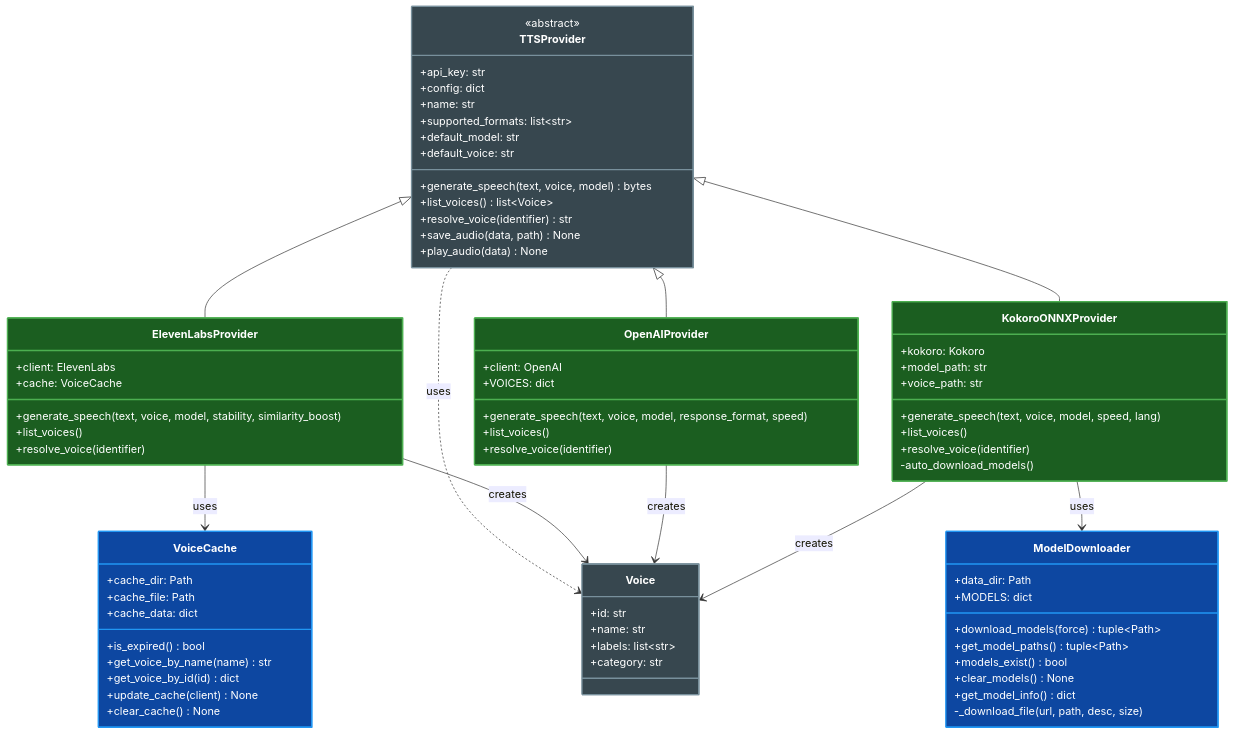
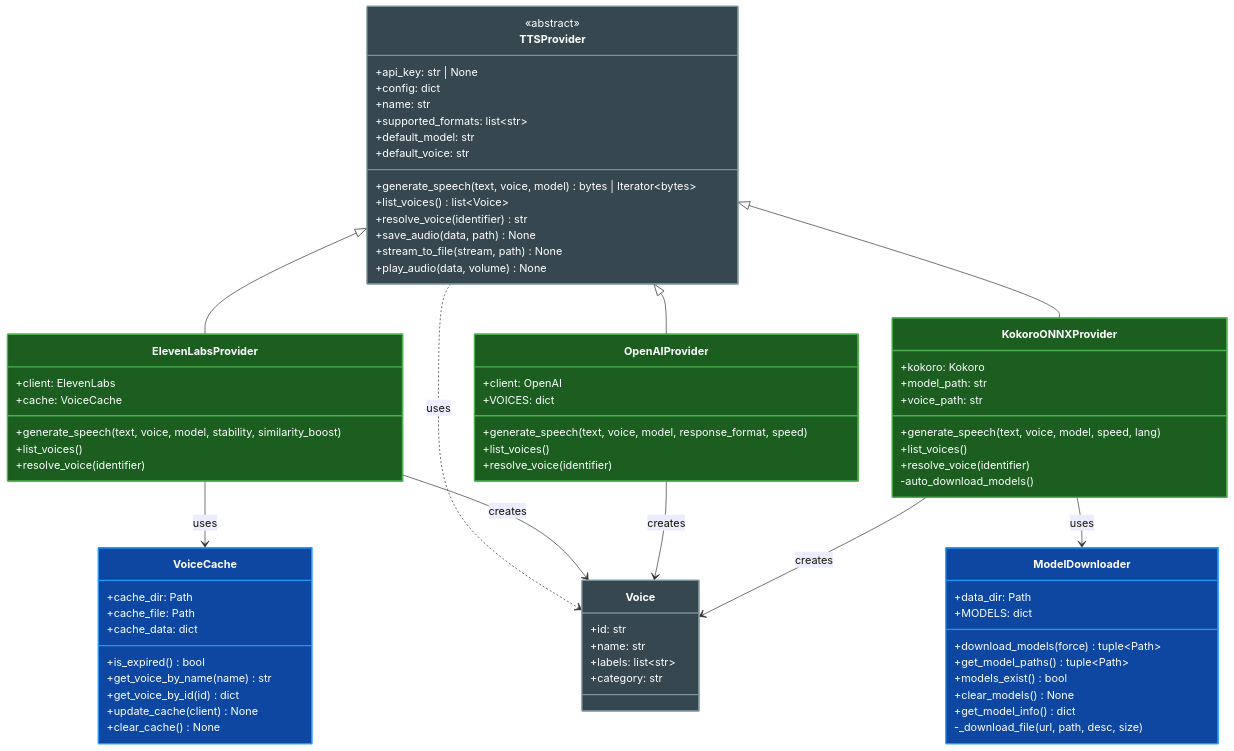
Before and after one commit to paulrobello/par-cli-tts: the third of 20 diagrams in docs/ARCHITECTURE.md, drawn with Mermaid. The commit also changed other lines of this file and 17 other files, not shown here.

```diff
--- a/docs/ARCHITECTURE.md
+++ b/docs/ARCHITECTURE.md
@@ -226,13 +282,14 @@
 classDiagram
     class TTSProvider {
         <<abstract>>
-        +api_key: str
+        +api_key: str | None
         +config: dict
-        +generate_speech(text, voice, model) bytes
+        +generate_speech(text, voice, model) bytes | Iterator~bytes~
         +list_voices() list~Voice~
         +resolve_voice(identifier) str
         +save_audio(data, path) None
-        +play_audio(data) None
+        +stream_to_file(stream, path) None
+        +play_audio(data, volume) None
         +name: str
         +supported_formats: list~str~
         +default_model: str
```
